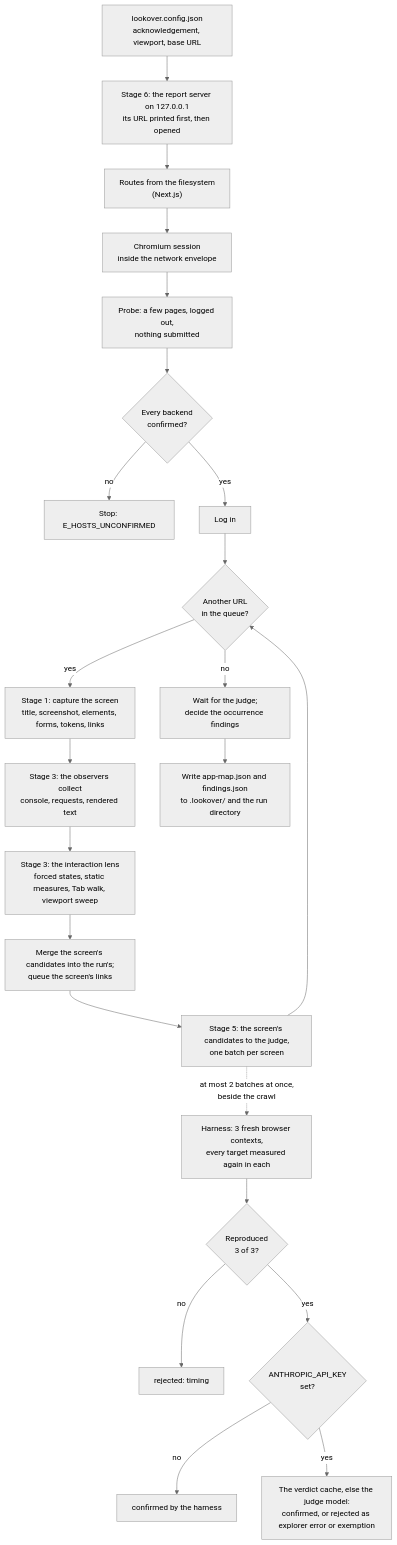
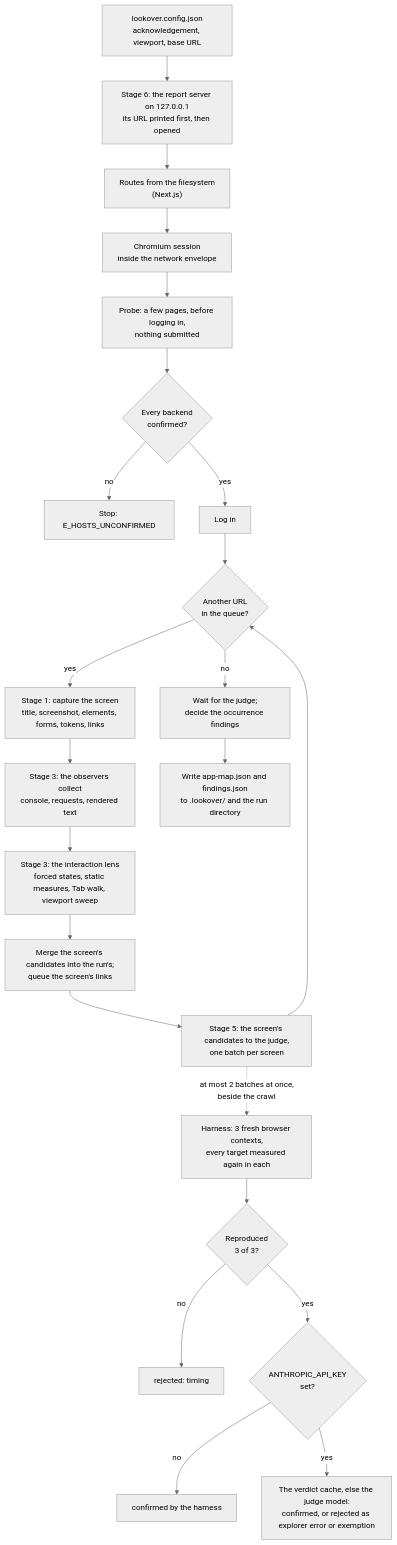
Before and after one commit to jayslifecode/lookover: the diagram in docs/how-it-works.md, drawn with Mermaid (neutral theme). The commit also changed 2 other files, not shown here.

Commit message:
docs: the probe runs before logging in, with a saved session's cookies, not logged out

````diff
--- a/docs/how-it-works.md
+++ b/docs/how-it-works.md
@@ -12,25 +12,25 @@
 ```mermaid
 flowchart TD
   config["lookover.config.json<br/>acknowledgement, viewport, base URL"] --> report["Stage 6: the report server on 127.0.0.1<br/>its URL printed first, then opened"]
   report --> routes["Routes from the filesystem<br/>(Next.js)"]
   routes --> session["Chromium session<br/>inside the network envelope"]
-  session --> probe["Probe: a few pages, logged out,<br/>nothing submitted"]
+  session --> probe["Probe: a few pages, before logging in,<br/>nothing submitted"]
   probe --> confirm{"Every backend<br/>confirmed?"}
   confirm -- no --> refuse["Stop: E_HOSTS_UNCONFIRMED"]
   confirm -- yes --> login["Log in"]
   login --> next{"Another URL<br/>in the queue?"}
   next -- yes --> capture["Stage 1: capture the screen<br/>title, screenshot, elements, forms, tokens, links"]
   capture --> observers["Stage 3: the observers collect<br/>console, requests, rendered text"]
   observers --> lens["Stage 3: the interaction lens<br/>forced states, static measures, Tab walk, viewport sweep"]
   lens --> merge["Merge the screen's candidates into the run's;<br/>queue the screen's links"]
   merge --> queue["Stage 5: the screen's candidates to the judge,<br/>one batch per screen"]
   queue --> next
   queue -.->|"at most 2 batches at once,<br/>beside the crawl"| harness["Harness: 3 fresh browser contexts,<br/>every target measured again in each"]
   harness --> reproduced{"Reproduced<br/>3 of 3?"}
   reproduced -- no --> timing["rejected: timing"]
   reproduced -- yes --> key{"ANTHROPIC_API_KEY<br/>set?"}
   key -- no --> confirmed["confirmed by the harness"]
   key -- yes --> model["The verdict cache, else the judge model:<br/>confirmed, or rejected as explorer error or exemption"]
   next -- no --> drain["Wait for the judge;<br/>decide the occurrence findings"]
   drain --> files["Write app-map.json and findings.json<br/>to .lookover/ and the run directory"]
 ```
````
